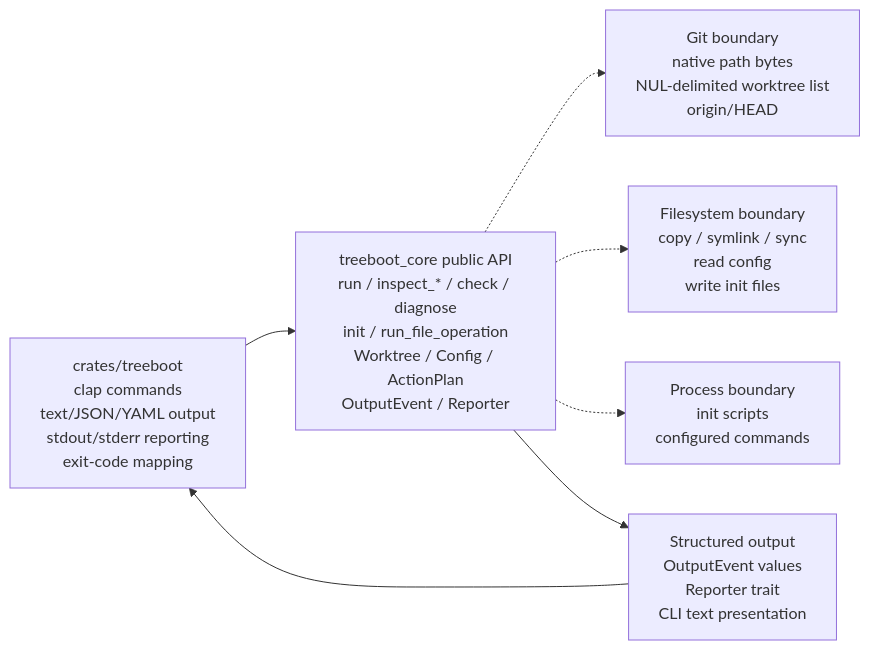
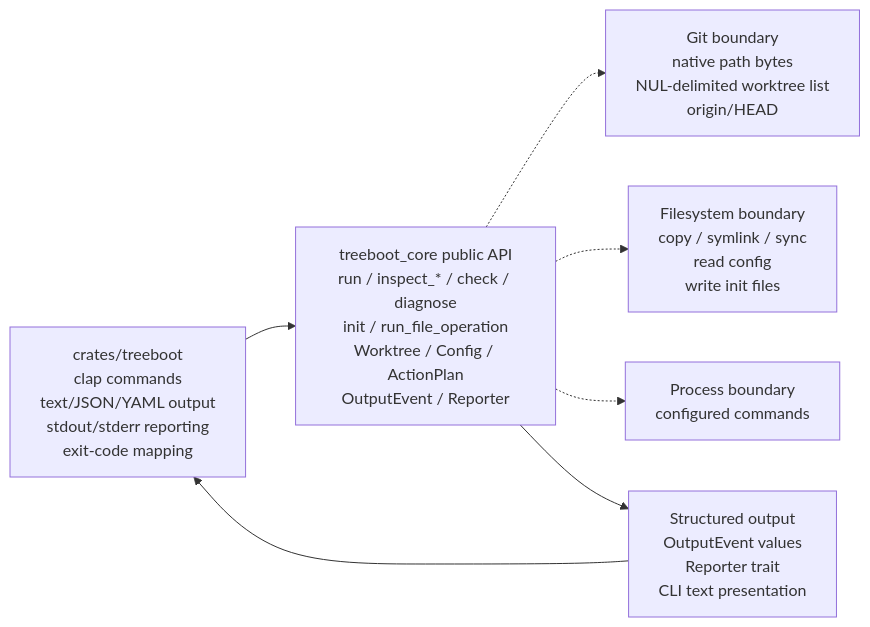
Before and after one commit to jimeh/treeboot: the first of 5 diagrams in docs/ARCHITECTURE.md, drawn with Mermaid. The commit also changed other lines of this file and 33 other files, not shown here.

````diff
--- a/docs/ARCHITECTURE.md
+++ b/docs/ARCHITECTURE.md
@@ -20,16 +20,16 @@
 ```mermaid
 flowchart LR
   CLI["crates/treeboot<br/>clap commands<br/>text/JSON/YAML output<br/>stdout/stderr reporting<br/>exit-code mapping"]
   API["treeboot_core public API<br/>run / inspect_* / check / diagnose<br/>init / run_file_operation<br/>Worktree / Config / ActionPlan<br/>OutputEvent / Reporter"]
   GIT["Git boundary<br/>native path bytes<br/>NUL-delimited worktree list<br/>origin/HEAD"]
   FS["Filesystem boundary<br/>copy / symlink / sync<br/>read config<br/>write init files"]
-  PROC["Process boundary<br/>init scripts<br/>configured commands"]
+  PROC["Process boundary<br/>configured commands"]
   OUT["Structured output<br/>OutputEvent values<br/>Reporter trait<br/>CLI text presentation"]
 
   CLI --> API
   API -.-> GIT
   API -.-> FS
   API -.-> PROC
   API --> OUT
   OUT --> CLI
 ```
````
